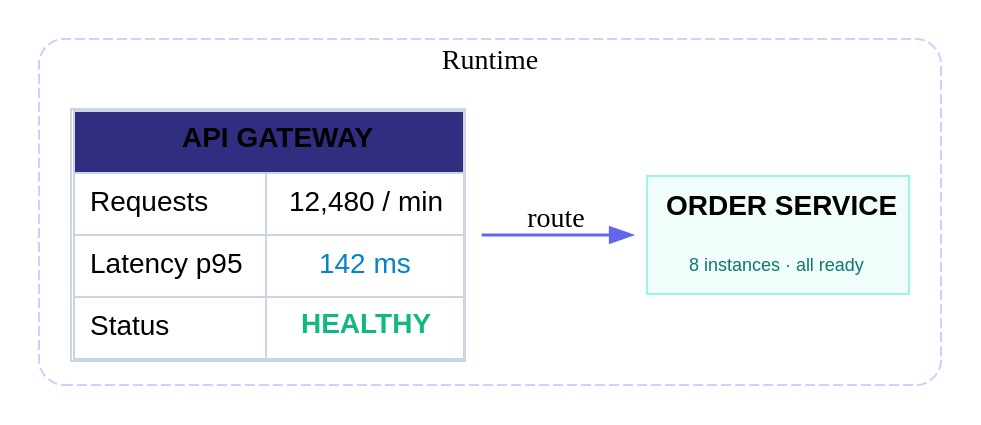
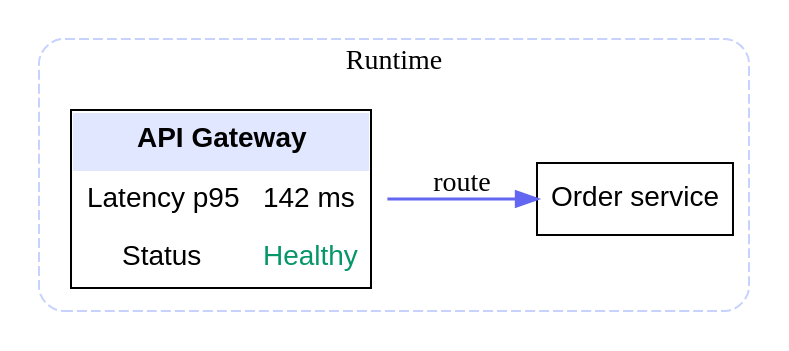
Before and after one commit to jamisonjiang/graph-support: the diagram in README.md, drawn with Graphviz. The commit also changed other lines of this file and 442 other files, not shown here.

````diff
--- a/README.md
+++ b/README.md
@@ -112,36 +111,23 @@
 ```dot
 digraph ServiceHealth {
   graph [rankdir="LR"]
   node [shape="plaintext", fontname="Arial"]
 
   subgraph cluster_runtime {
     label="Runtime"
     color="#C7D2FE"
     style="rounded,dashed"
 
     gateway [label=<
-      <TABLE BORDER="1" CELLBORDER="1" CELLSPACING="0" CELLPADDING="7"
-             COLOR="#CBD5E1" BGCOLOR="#FFFFFF">
-        <TR>
-          <TD COLSPAN="2" BGCOLOR="#312E81" FONTCOLOR="#FFFFFF">
-            <B>API GATEWAY</B>
-          </TD>
-        </TR>
-        <TR><TD ALIGN="LEFT">Requests</TD><TD>12,480 / min</TD></TR>
-        <TR><TD ALIGN="LEFT">Latency p95</TD><TD><FONT COLOR="#0284C7">142 ms</FONT></TD></TR>
-        <TR><TD ALIGN="LEFT">Status</TD><TD><FONT COLOR="#10B981"><B>HEALTHY</B></FONT></TD></TR>
+      <TABLE BORDER="1" CELLBORDER="0" CELLSPACING="0" CELLPADDING="7">
+        <TR><TD COLSPAN="2" BGCOLOR="#E0E7FF"><B>API Gateway</B></TD></TR>
+        <TR><TD>Latency p95</TD><TD>142 ms</TD></TR>
+        <TR><TD>Status</TD><TD><FONT COLOR="#059669">Healthy</FONT></TD></TR>
       </TABLE>
     >]
-
-    orders [label=<
-      <TABLE BORDER="1" CELLBORDER="0" CELLSPACING="0" CELLPADDING="8"
-             COLOR="#99F6E4" BGCOLOR="#F0FDFA">
-        <TR><TD><B>ORDER SERVICE</B></TD></TR>
-        <TR><TD><FONT POINT-SIZE="9" COLOR="#0F766E">8 instances · all ready</FONT></TD></TR>
-      </TABLE>
-    >]
+    orders [shape="box" label="Order service"]
   }
 
   gateway -> orders [label="route" color="#6366F1" penwidth="1.6"]
 }
 ```
````
